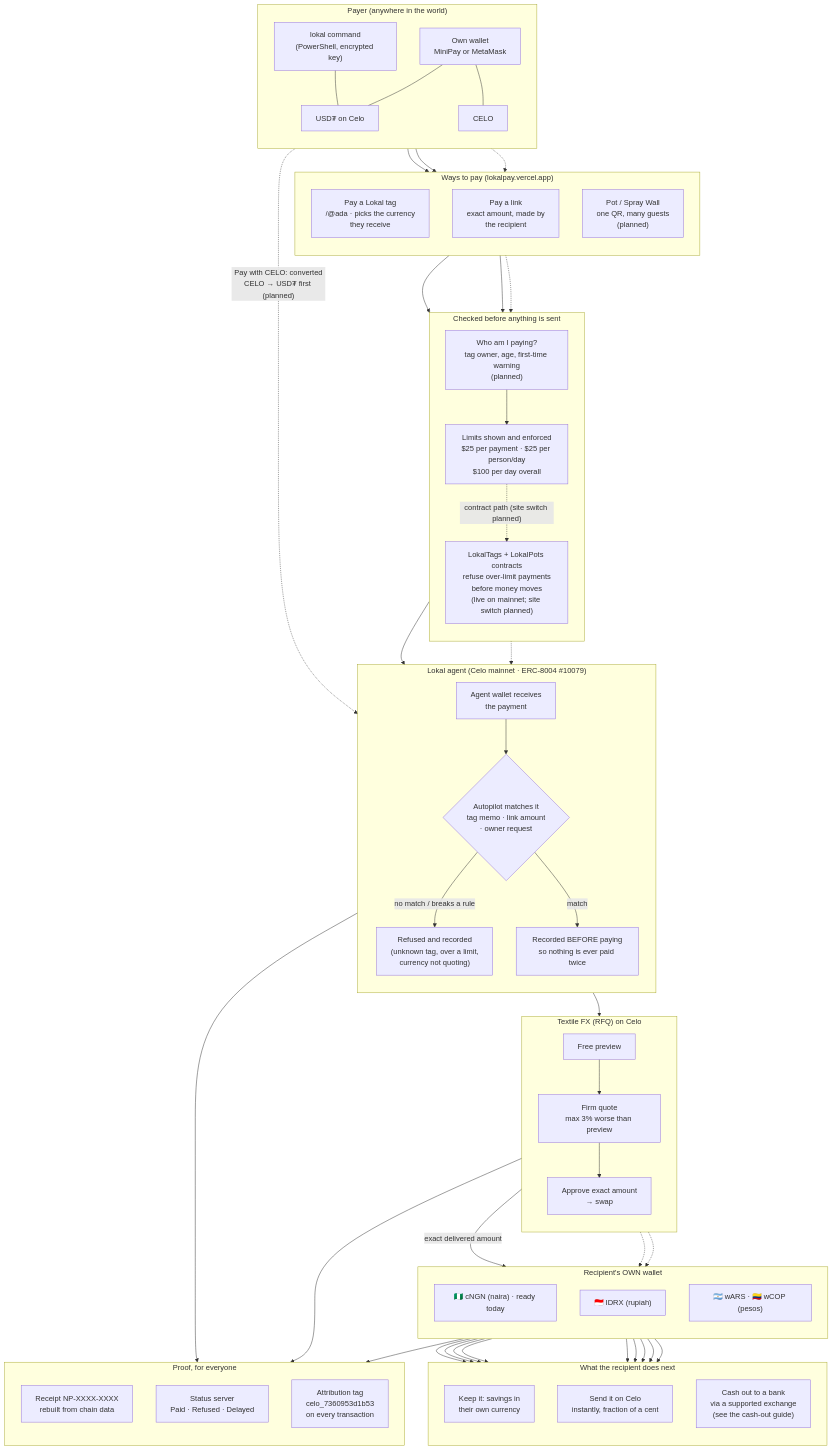
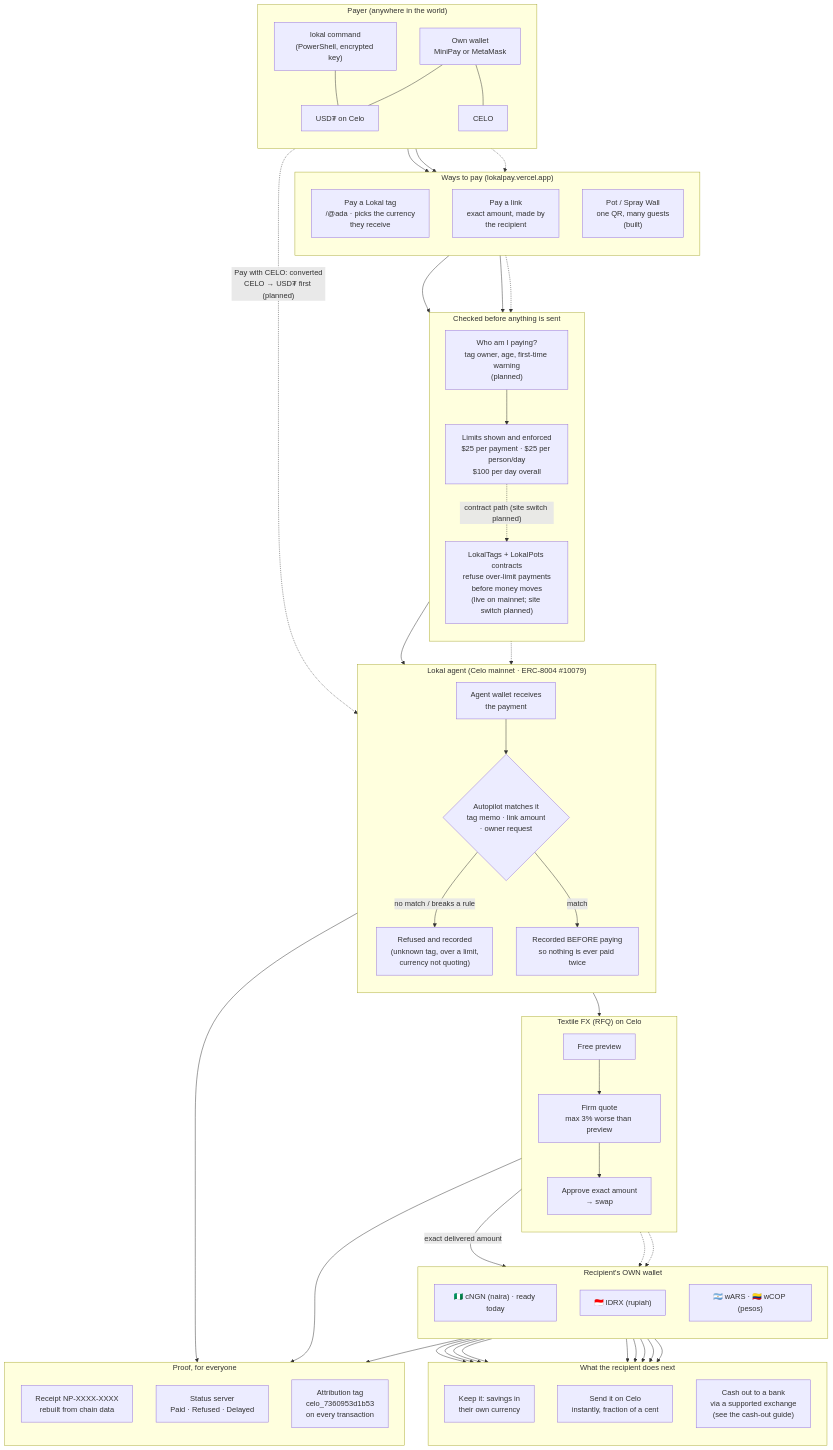
Before and after one commit to deeeko/lokal: the first of 2 diagrams in README.md, drawn with Mermaid. The commit also changed other lines of this file and 1 other file, not shown here.

Commit message:
Pots status: Built, not yet used on mainnet (landing and README), README Pots section and progress log

```diff
--- a/README.md
+++ b/README.md
@@ -435,7 +451,7 @@
     direction TB
     P1["Pay a Lokal tag<br/>/@ada · picks the currency<br/>they receive"]
     P2["Pay a link<br/>exact amount, made by<br/>the recipient"]
-    P3["Pot / Spray Wall<br/>one QR, many guests<br/>(planned)"]
+    P3["Pot / Spray Wall<br/>one QR, many guests<br/>(built)"]
   end
 
   %% ---------- checks before money moves ----------
```
